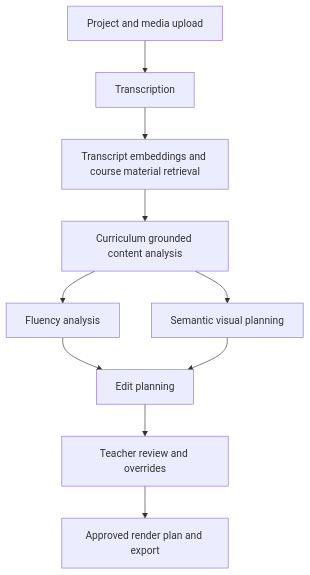
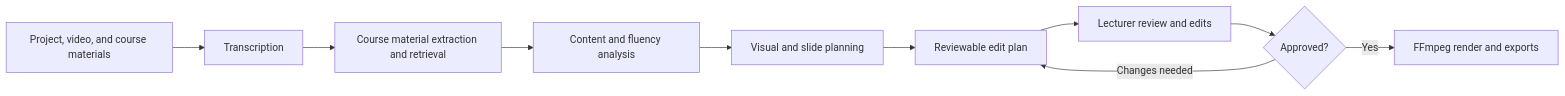
The diagram in README.md (desanv01/ai-video-editor), drawn with Mermaid before and after one commit. The commit also changed other lines of this file, not shown here.

First line of the commit message:
docs: clarify AIVE architecture and setup (#2)

````diff
--- a/README.md
+++ b/README.md
@@ -29,12 +22,12 @@
-```mermaid
-flowchart TD
-    A[Project and media upload] --> B[Transcription]
-    B --> C[Transcript embeddings and course material retrieval]
-    C --> D[Curriculum grounded content analysis]
-    D --> E[Fluency analysis]
-    D --> F[Semantic visual planning]
-    E --> G[Edit planning]
-    F --> G
-    G --> H[Teacher review and overrides]
-    H --> I[Approved render plan and export]
-```
+~~~mermaid
+flowchart LR
+    A[Project, video, and course materials] --> B[Transcription]
+    B --> C[Course material extraction and retrieval]
+    C --> D[Content and fluency analysis]
+    D --> E[Visual and slide planning]
+    E --> F[Reviewable edit plan]
+    F --> G[Lecturer review and edits]
+    G --> H{Approved?}
+    H -->|Yes| I[FFmpeg render and exports]
+    H -->|Changes needed| F
+~~~
````
